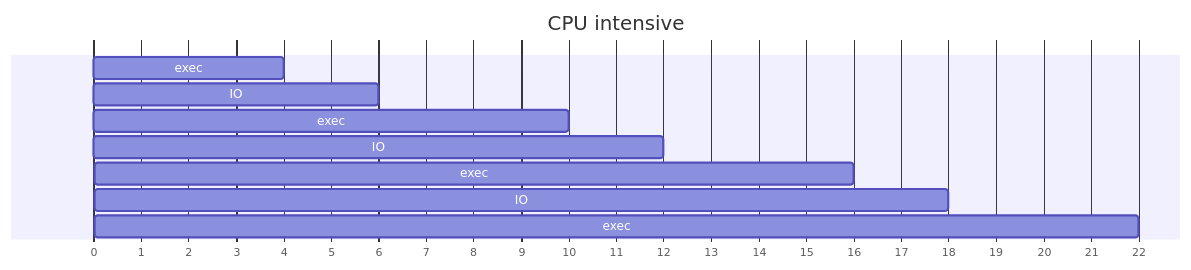
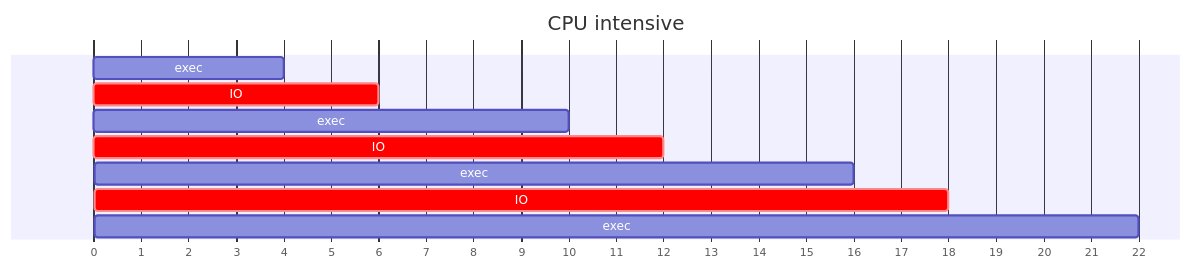
One commit to angelromarco04/MyNotes changed the first of 2 diagrams in CS/OS/data/24_control.md. Above: the diagram before and after it, drawn with Mermaid. The commit also changed other lines of this file and 2 other files, not shown here.

````diff
--- a/CS/OS/data/24_control.md
+++ b/CS/OS/data/24_control.md
@@ -16,14 +16,17 @@
 ```mermaid
+---
+displayMode: compact
+---
 gantt
     title CPU intensive
     dateFormat X
     axisFormat %s
     
     exec    : a, 0, 4
-    IO      : b, 4, 6
+    IO      : crit, b, 4, 6
     exec    : a, 6, 10
-    IO      : b, 10, 12
+    IO      : crit, b, 10, 12
     exec    : a, 12, 16
-    IO      : b, 16, 18
+    IO      : crit, b, 16, 18
     exec    : a, 18, 22
 ```
````
